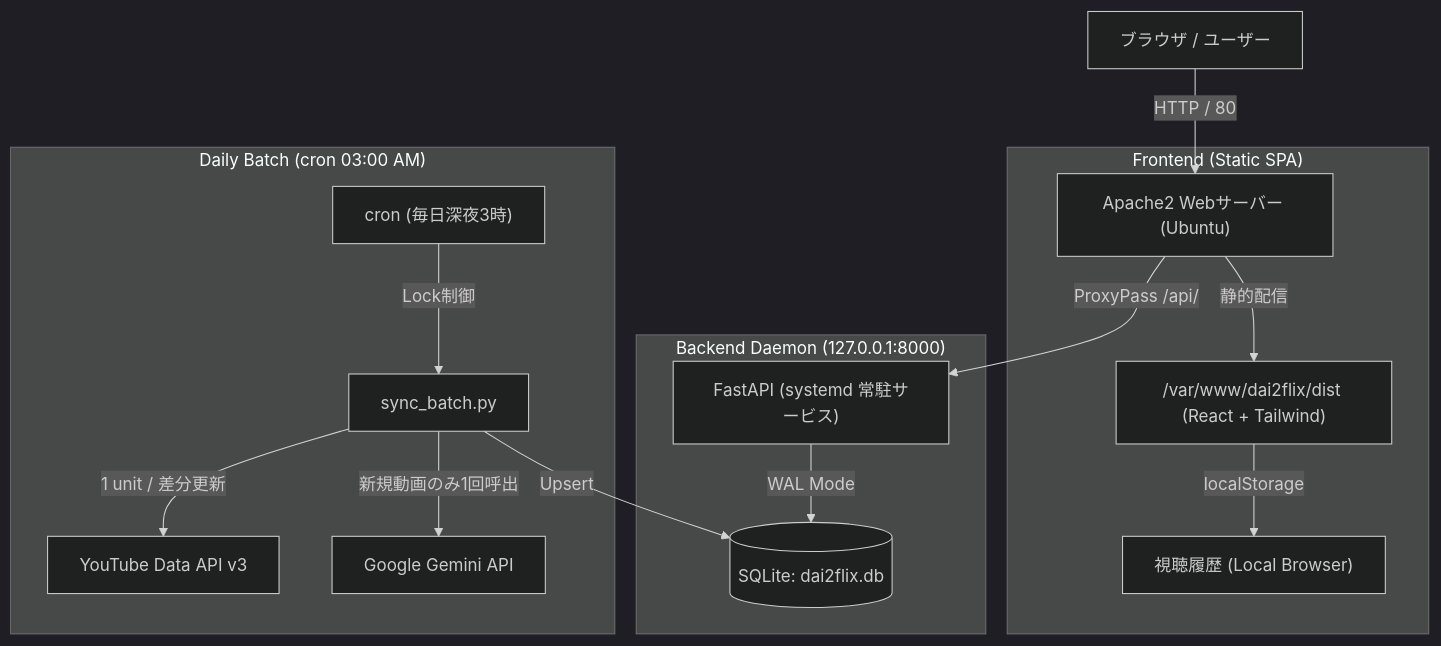
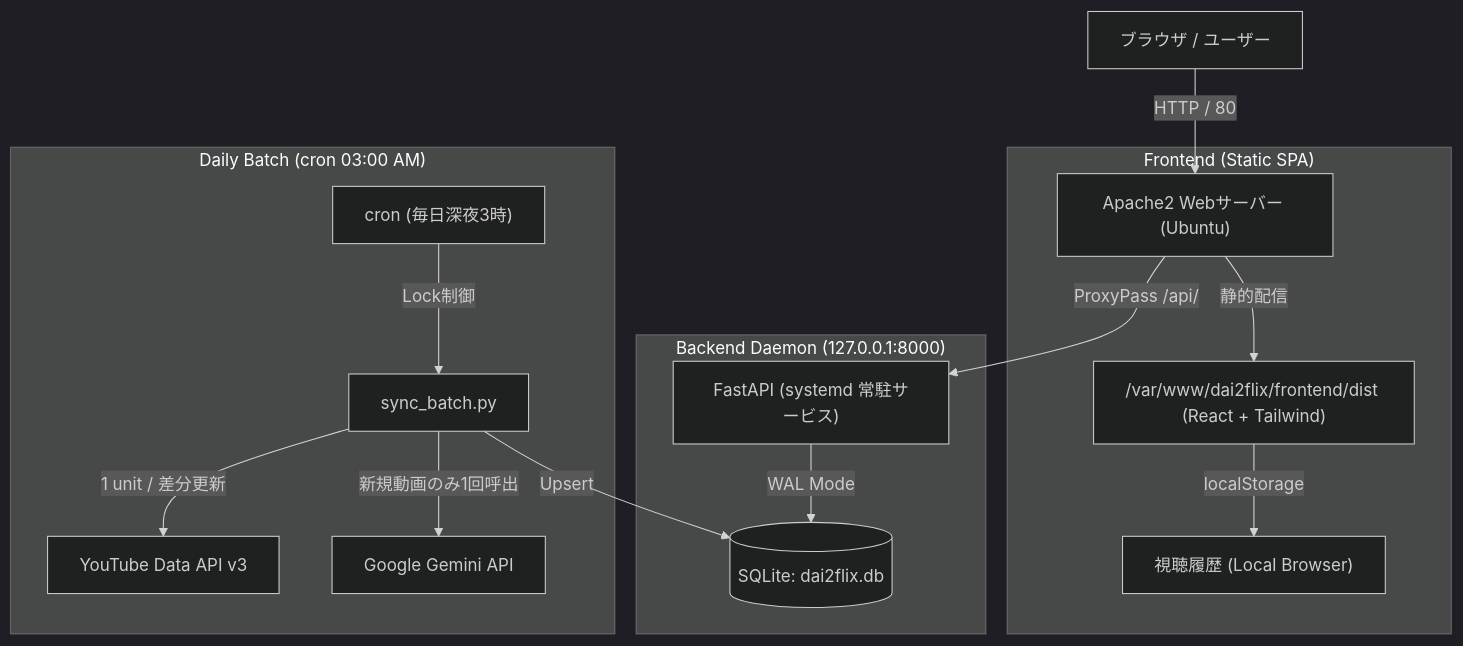
Before and after one commit to KeiStan26/dai2flix: the diagram in README.md, drawn with Mermaid (dark theme). The commit also changed 2 other files, not shown here.

Commit message:
fix: align frontend dist output path to /var/www/dai2flix/frontend/dist

````diff
--- a/README.md
+++ b/README.md
@@ -42,21 +42,21 @@
 ```mermaid
 graph TD
     User["ブラウザ / ユーザー"] -->|HTTP / 80| Apache["Apache2 Webサーバー (Ubuntu)"]
     
     subgraph "Frontend (Static SPA)"
-        Apache -->|静的配信| Dist["/var/www/dai2flix/dist (React + Tailwind)"]
+        Apache -->|静的配信| Dist["/var/www/dai2flix/frontend/dist (React + Tailwind)"]
         Dist -->|localStorage| History["視聴履歴 (Local Browser)"]
     end
     
     subgraph "Backend Daemon (127.0.0.1:8000)"
         Apache -->|ProxyPass /api/| FastAPI["FastAPI (systemd 常駐サービス)"]
         FastAPI -->|WAL Mode| DB[(SQLite: dai2flix.db)]
     end
 
     subgraph "Daily Batch (cron 03:00 AM)"
         Cron["cron (毎日深夜3時)"] -->|Lock制御| Batch["sync_batch.py"]
         Batch -->|1 unit / 差分更新| YouTubeAPI["YouTube Data API v3"]
         Batch -->|新規動画のみ1回呼出| GeminiAPI["Google Gemini API"]
         Batch -->|Upsert| DB
     end
 ```
````
